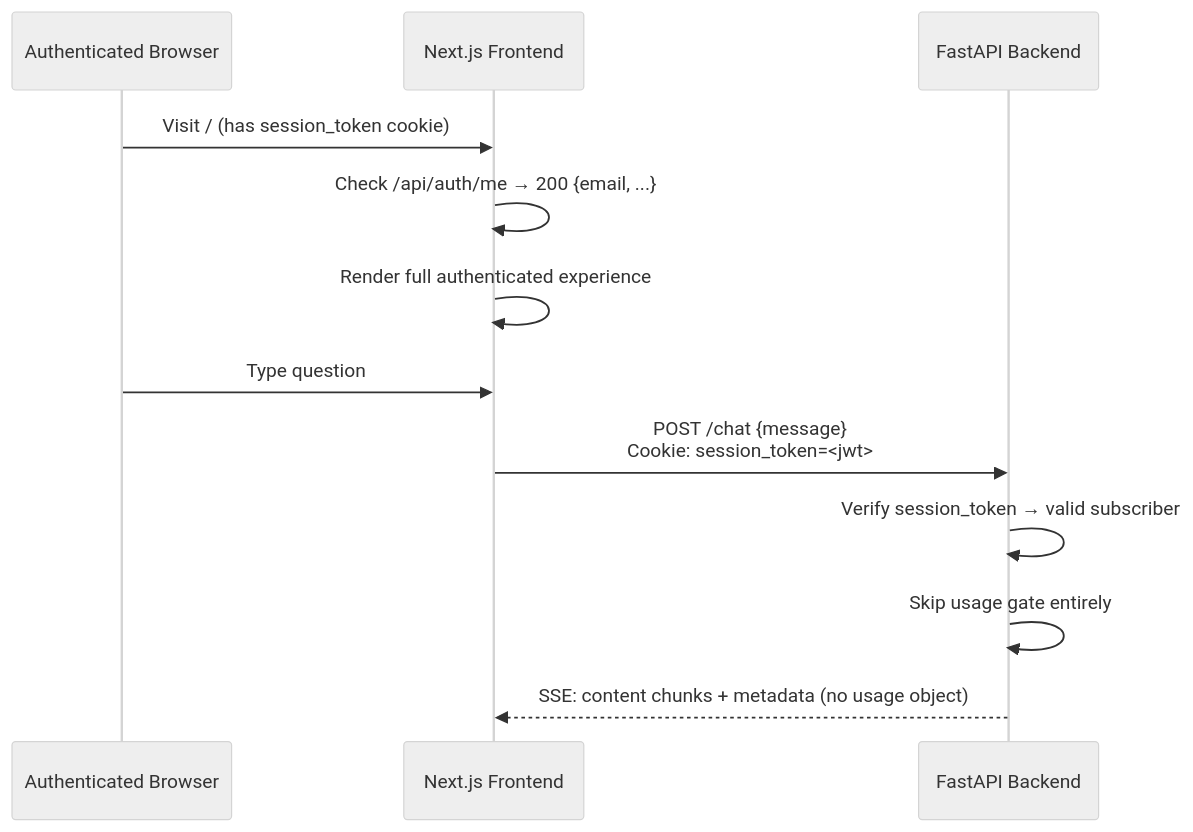
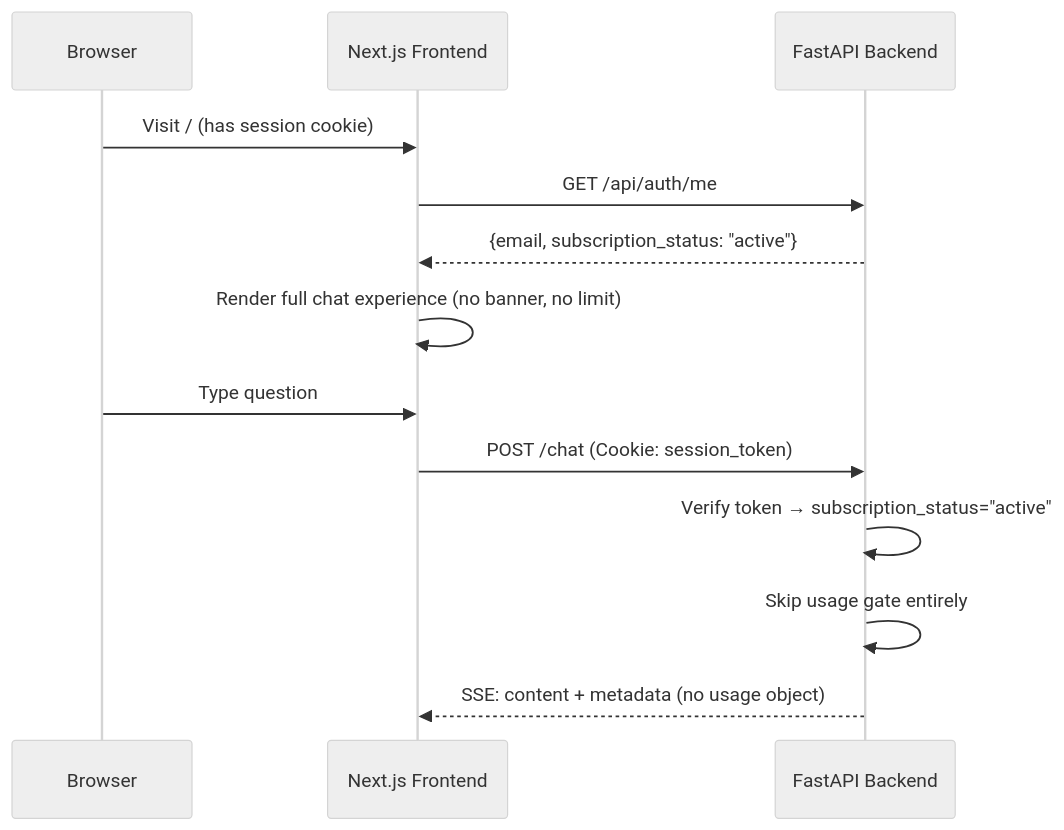
The second of 2 diagrams in .kiro/specs/freemium-usage-gate/design.md (kevinvandever/mcpress-chatbot), drawn with Mermaid (neutral theme) before and after one commit. The commit also changed other lines of this file and 10 other files, not shown here.

First line of the commit message:
feat: rework freemium usage gate from fingerprint to email-based tracking

````diff
--- a/.kiro/specs/freemium-usage-gate/design.md
+++ b/.kiro/specs/freemium-usage-gate/design.md
@@ -58,16 +75,17 @@
 ```mermaid
 sequenceDiagram
-    participant Browser as Authenticated Browser
+    participant Browser
     participant FE as Next.js Frontend
     participant API as FastAPI Backend
 
-    Browser->>FE: Visit / (has session_token cookie)
-    FE->>FE: Check /api/auth/me → 200 {email, ...}
-    FE->>FE: Render full authenticated experience
+    Browser->>FE: Visit / (has session cookie)
+    FE->>API: GET /api/auth/me
+    API-->>FE: {email, subscription_status: "active"}
+    FE->>FE: Render full chat experience (no banner, no limit)
 
     Browser->>FE: Type question
-    FE->>API: POST /chat {message}<br/>Cookie: session_token=<jwt>
-    API->>API: Verify session_token → valid subscriber
+    FE->>API: POST /chat (Cookie: session_token)
+    API->>API: Verify token → subscription_status="active"
     API->>API: Skip usage gate entirely
-    API-->>FE: SSE: content chunks + metadata (no usage object)
+    API-->>FE: SSE: content + metadata (no usage object)
 ```
````
